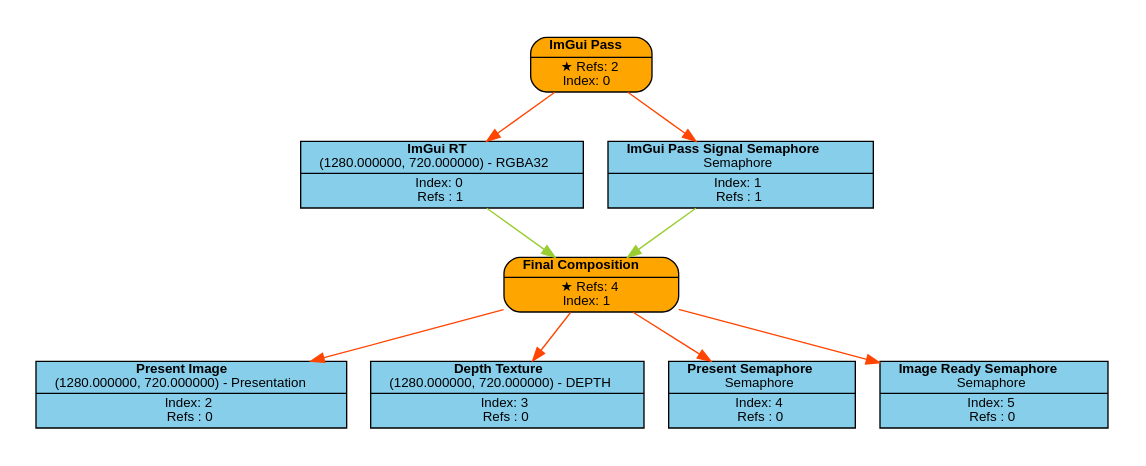
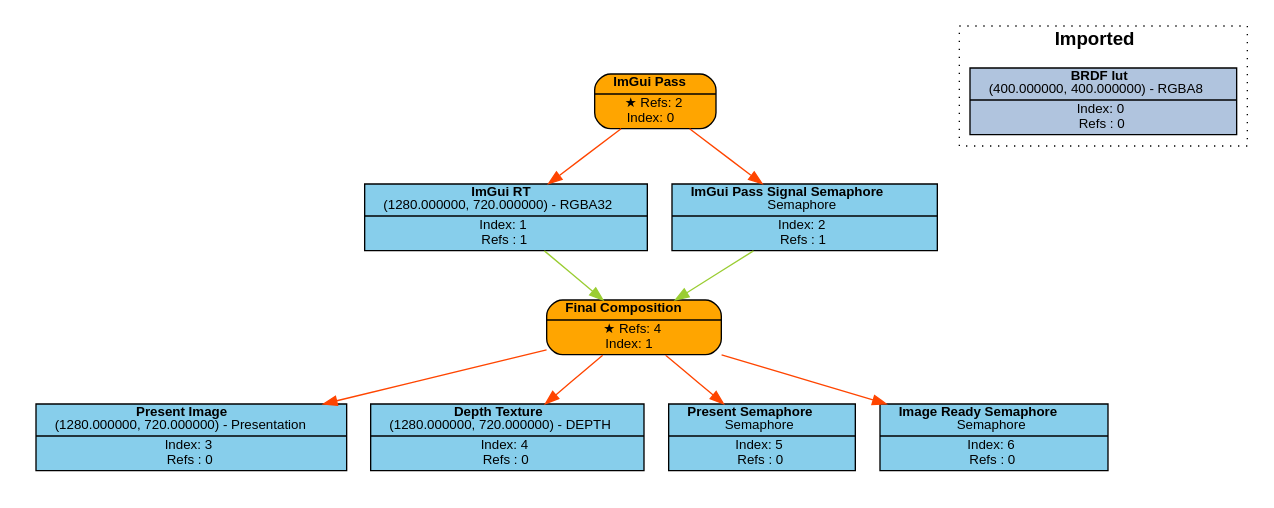
One commit to Pikachuxxxx/Razix changed the diagram in Engine/content/FrameGraphs/frame_graph_test.dot. Above: the diagram before and after it, drawn with Graphviz. The commit also changed 46 other files, not shown here.

```diff
--- a/Engine/content/FrameGraphs/frame_graph_test.dot
+++ b/Engine/content/FrameGraphs/frame_graph_test.dot
@@ -1,37 +1,39 @@
 digraph FrameGraph {
 graph [style=invis, rankdir="TB" ordering=out, splines=spline]
 node [shape=record, fontname="helvetica", fontsize=10, margin="0.2,0.03"]
 
 P0 [label=<{ {<B>ImGui Pass</B>} | {&#x2605; Refs: 2<BR/> Index: 0} }> style="rounded,filled", fillcolor=orange]
 P1 [label=<{ {<B>Final Composition</B>} | {&#x2605; Refs: 4<BR/> Index: 1} }> style="rounded,filled", fillcolor=orange]
 
-R0_1 [label=<{ {<B>ImGui RT</B><BR/>(1280.000000, 720.000000) - RGBA32} | {Index: 0<BR/>Refs : 1} }> style=filled, fillcolor=skyblue]
-R1_1 [label=<{ {<B>ImGui Pass Signal Semaphore</B><BR/>Semaphore} | {Index: 1<BR/>Refs : 1} }> style=filled, fillcolor=skyblue]
-R2_1 [label=<{ {<B>Present Image</B><BR/>(1280.000000, 720.000000) - Presentation} | {Index: 2<BR/>Refs : 0} }> style=filled, fillcolor=skyblue]
-R3_1 [label=<{ {<B>Depth Texture</B><BR/>(1280.000000, 720.000000) - DEPTH} | {Index: 3<BR/>Refs : 0} }> style=filled, fillcolor=skyblue]
-R4_1 [label=<{ {<B>Present Semaphore</B><BR/>Semaphore} | {Index: 4<BR/>Refs : 0} }> style=filled, fillcolor=skyblue]
-R5_1 [label=<{ {<B>Image Ready Semaphore</B><BR/>Semaphore} | {Index: 5<BR/>Refs : 0} }> style=filled, fillcolor=skyblue]
+R0_1 [label=<{ {<B>BRDF lut</B><BR/>(400.000000, 400.000000) - RGBA8} | {Index: 0<BR/>Refs : 0} }> style=filled, fillcolor=lightsteelblue]
+R1_1 [label=<{ {<B>ImGui RT</B><BR/>(1280.000000, 720.000000) - RGBA32} | {Index: 1<BR/>Refs : 1} }> style=filled, fillcolor=skyblue]
+R2_1 [label=<{ {<B>ImGui Pass Signal Semaphore</B><BR/>Semaphore} | {Index: 2<BR/>Refs : 1} }> style=filled, fillcolor=skyblue]
+R3_1 [label=<{ {<B>Present Image</B><BR/>(1280.000000, 720.000000) - Presentation} | {Index: 3<BR/>Refs : 0} }> style=filled, fillcolor=skyblue]
+R4_1 [label=<{ {<B>Depth Texture</B><BR/>(1280.000000, 720.000000) - DEPTH} | {Index: 4<BR/>Refs : 0} }> style=filled, fillcolor=skyblue]
+R5_1 [label=<{ {<B>Present Semaphore</B><BR/>Semaphore} | {Index: 5<BR/>Refs : 0} }> style=filled, fillcolor=skyblue]
+R6_1 [label=<{ {<B>Image Ready Semaphore</B><BR/>Semaphore} | {Index: 6<BR/>Refs : 0} }> style=filled, fillcolor=skyblue]
 
-P0 -> { R0_1 R1_1 } [color=orangered]
-P1 -> { R2_1 R3_1 R4_1 R5_1 } [color=orangered]
+P0 -> { R1_1 R2_1 } [color=orangered]
+P1 -> { R3_1 R4_1 R5_1 R6_1 } [color=orangered]
 
-R0_1 -> { P1 } [color=olivedrab3]
+R0_1 -> { } [color=olivedrab3]
 R1_1 -> { P1 } [color=olivedrab3]
-R2_1 -> { } [color=olivedrab3]
+R2_1 -> { P1 } [color=olivedrab3]
 R3_1 -> { } [color=olivedrab3]
 R4_1 -> { } [color=olivedrab3]
 R5_1 -> { } [color=olivedrab3]
+R6_1 -> { } [color=olivedrab3]
 
 subgraph cluster_0 {
-P0 R0_1 R1_1 
+P0 R1_1 R2_1 
 }
 subgraph cluster_1 {
-P1 R2_1 R3_1 R4_1 R5_1 
+P1 R3_1 R4_1 R5_1 R6_1 
 }
 
 subgraph cluster_imported_resources {
 graph [style=dotted, fontname="helvetica", label=< <B>Imported</B> >]
-
+R0_1 
 }
 
 }
```
